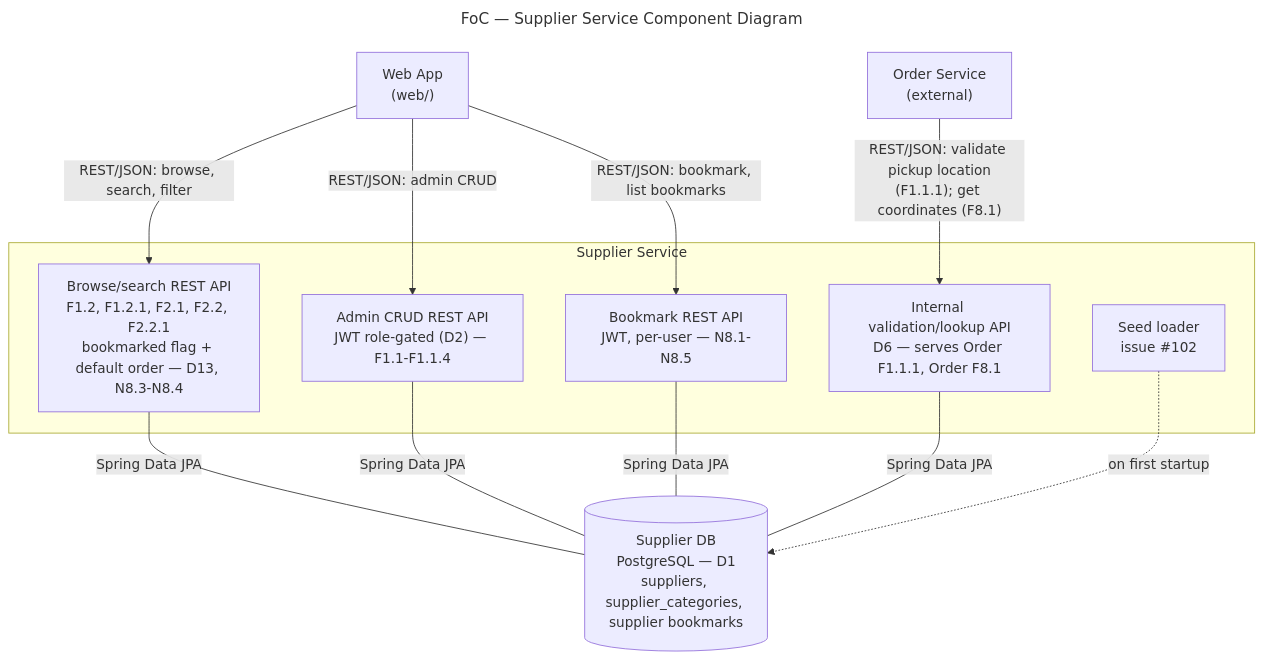
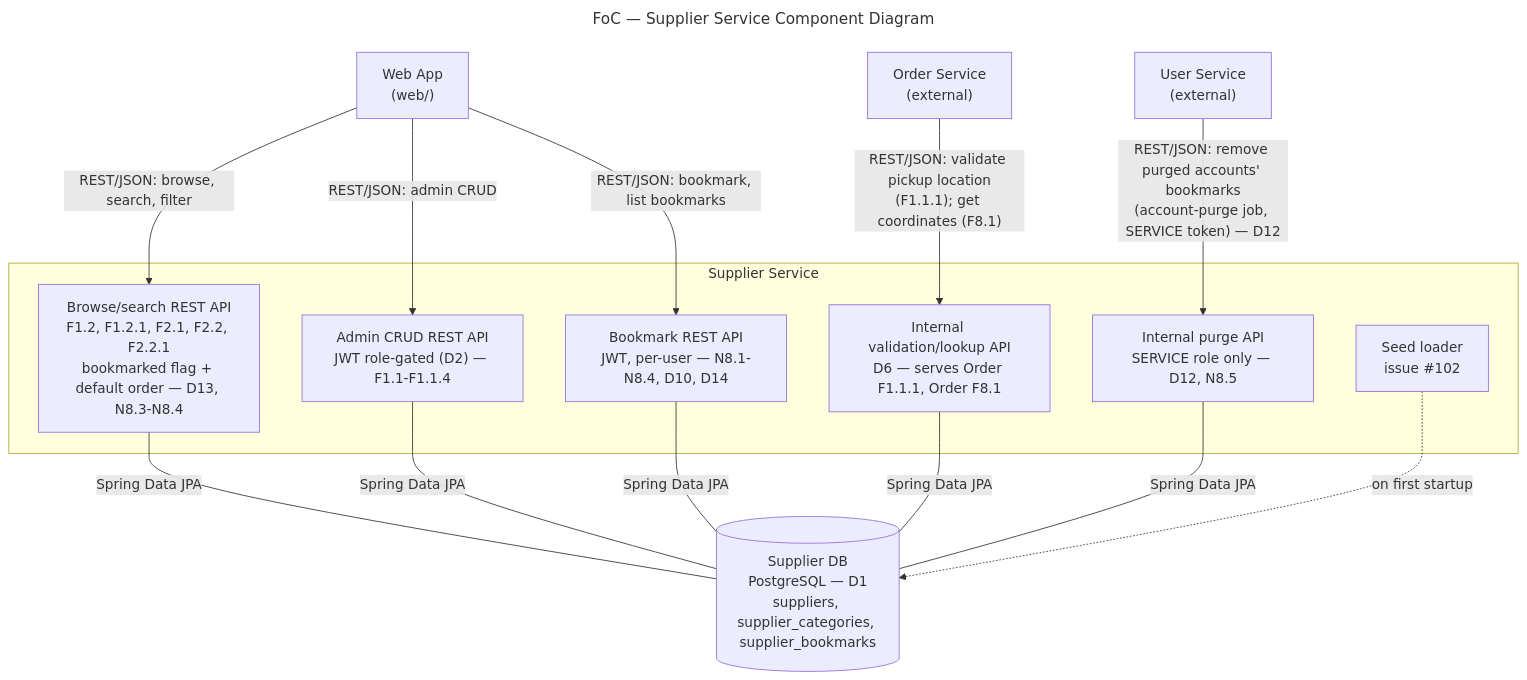
Before and after one commit to AY2627S1-CS3219-P23/foc: the diagram in docs/supplier-service.mmd, drawn with Mermaid. The commit also changed 6 other files, not shown here.

Commit message:
docs: record N8 supplier bookmark decisions (D12, D14), bookmark API and table, and purge route

```diff
--- a/docs/supplier-service.mmd
+++ b/docs/supplier-service.mmd
@@ -1,39 +1,46 @@
 ---
 title: "FoC — Supplier Service Component Diagram"
 ---
 %% AI-assisted (CS3219 AI Usage Policy disclosure):
 %% Tool: Claude, 2026-09-21; revised 2026-09-27 (Claude Code, Sonnet 5).
 %% Scope: Companion diagram to supplier-service.md, drafted from the
 %% team's finalized D1 backlog. Same status as the doc: proposals
 %% pending owner/team review (see supplier-service.md, D1-D8).
 %% 2026-09-27: dropped "zones" from the Supplier DB label — team
 %% decision to drop the zone feature (see supplier-service.md, D4).
 %% 2026-10-19 (Claude Code, Sonnet 5.5): bookmark API and table added
 %% for N8 (see supplier-service.md, D9-D12). Transcription only.
 %% 2026-10-19: browse/search API label gains the bookmarked flag and
 %% default order (D13). Transcription only.
+%% 2026-10-26 (Claude Code, Sonnet 5.5): internal purge API and the User
+%% Service's call to it added (D12); table name in the DB label.
+%% Transcription only.
 %% Reviewed by: XXX
 flowchart TB
     WEB["Web App<br/>(web/)"]
     ORDER_SVC["Order Service<br/>(external)"]
+    USER_SVC["User Service<br/>(external)"]
 
     subgraph SUP["Supplier Service"]
         API["Browse/search REST API<br/>F1.2, F1.2.1, F2.1, F2.2, F2.2.1<br/>bookmarked flag + default order — D13, N8.3-N8.4"]
         ADMIN_API["Admin CRUD REST API<br/>JWT role-gated (D2) — F1.1-F1.1.4"]
         VALID_API["Internal validation/lookup API<br/>D6 — serves Order F1.1.1, Order F8.1"]
-        BOOKMARK_API["Bookmark REST API<br/>JWT, per-user — N8.1-N8.5"]
+        BOOKMARK_API["Bookmark REST API<br/>JWT, per-user — N8.1-N8.4, D10, D14"]
+        PURGE_API["Internal purge API<br/>SERVICE role only — D12, N8.5"]
         SEED["Seed loader<br/>issue #102"]
     end
 
-    SUP_DB[("Supplier DB<br/>PostgreSQL — D1<br/>suppliers, supplier_categories, supplier bookmarks")]
+    SUP_DB[("Supplier DB<br/>PostgreSQL — D1<br/>suppliers, supplier_categories, supplier_bookmarks")]
 
     WEB -->|"REST/JSON: browse, search, filter"| API
     WEB -->|"REST/JSON: admin CRUD"| ADMIN_API
     WEB -->|"REST/JSON: bookmark, list bookmarks"| BOOKMARK_API
+    USER_SVC -->|"REST/JSON: remove purged accounts' bookmarks<br/>(account-purge job, SERVICE token) — D12"| PURGE_API
     ORDER_SVC -->|"REST/JSON: validate pickup location<br/>(F1.1.1); get coordinates (F8.1)"| VALID_API
 
     API ---|"Spring Data JPA"| SUP_DB
     ADMIN_API ---|"Spring Data JPA"| SUP_DB
     VALID_API ---|"Spring Data JPA"| SUP_DB
     BOOKMARK_API ---|"Spring Data JPA"| SUP_DB
+    PURGE_API ---|"Spring Data JPA"| SUP_DB
     SEED -.->|"on first startup"| SUP_DB
```
